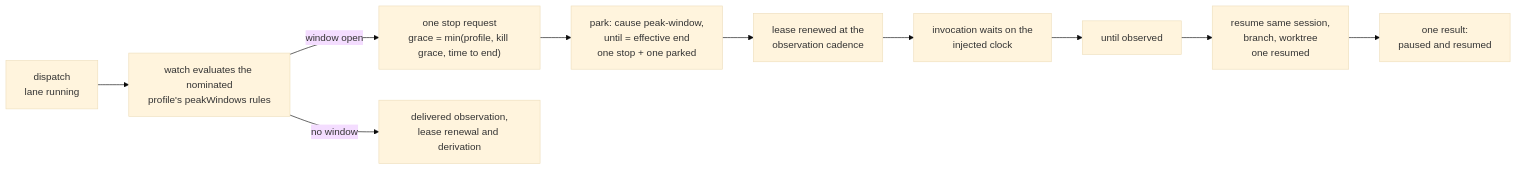
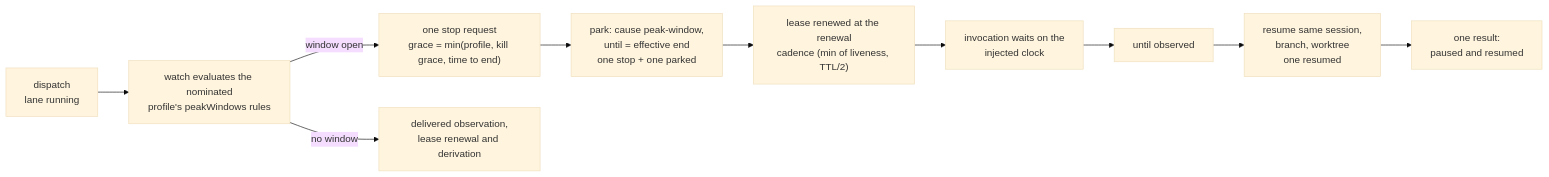
One commit to juliusz-cwiakalski/agentic-delivery-os changed the first of 2 diagrams in doc/changes/2026-11/2026-11-26--GH-413--peak-pausing-dispatch-lane/chg-GH-413-spec.md. Above: the diagram before and after it, drawn with Mermaid (base theme). The commit also changed other lines of this file and 1 other file, not shown here.

````diff
--- a/doc/changes/2026-11/2026-11-26--GH-413--peak-pausing-dispatch-lane/chg-GH-413-spec.md
+++ b/doc/changes/2026-11/2026-11-26--GH-413--peak-pausing-dispatch-lane/chg-GH-413-spec.md
@@ -170,12 +174,12 @@
 ```mermaid
 flowchart LR
   A["dispatch <ref><br/>lane running"] --> B["watch evaluates the nominated<br/>profile's peakWindows rules"]
   B -->|"window open"| C["one stop request<br/>grace = min(profile, kill grace, time to end)"]
   C --> D["park: cause peak-window,<br/>until = effective end<br/>one stop + one parked"]
-  D --> E["lease renewed at the<br/>observation cadence"]
+  D --> E["lease renewed at the renewal<br/>cadence (min of liveness, TTL/2)"]
   E --> F["invocation waits on the<br/>injected clock"]
   F --> G["until observed"]
   G --> H["resume same session,<br/>branch, worktree<br/>one resumed"]
   H --> I["one result:<br/>paused and resumed"]
   B -->|"no window"| J["delivered observation,<br/>lease renewal and derivation"]
 ```
````
